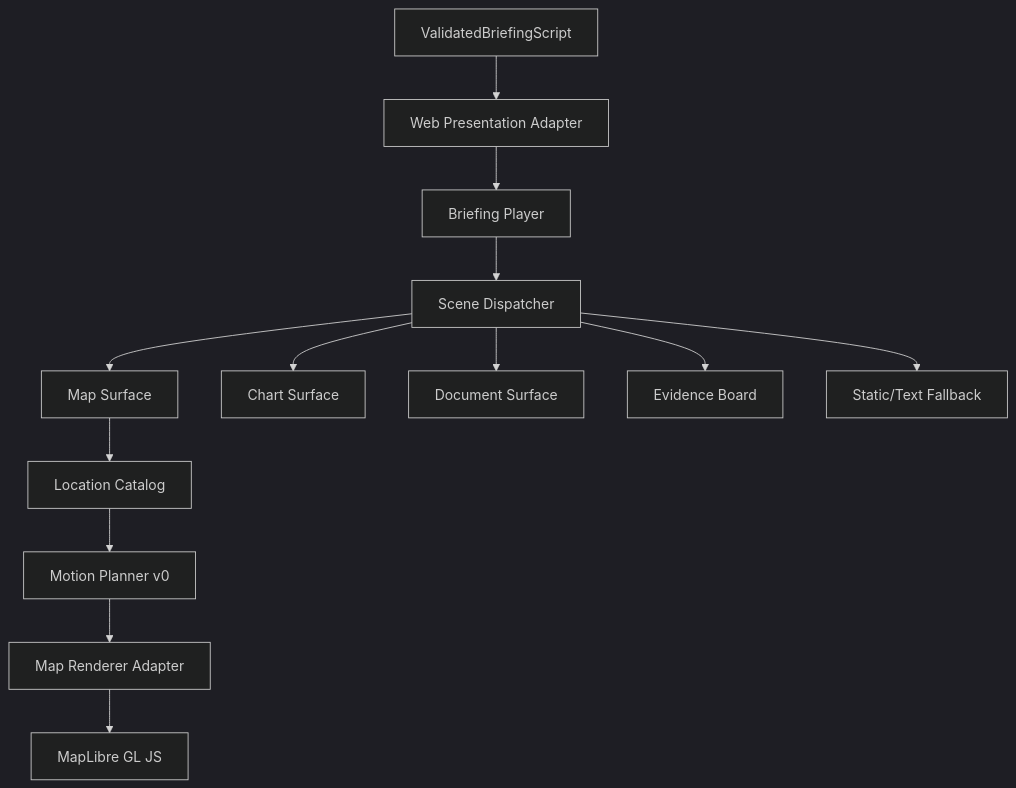
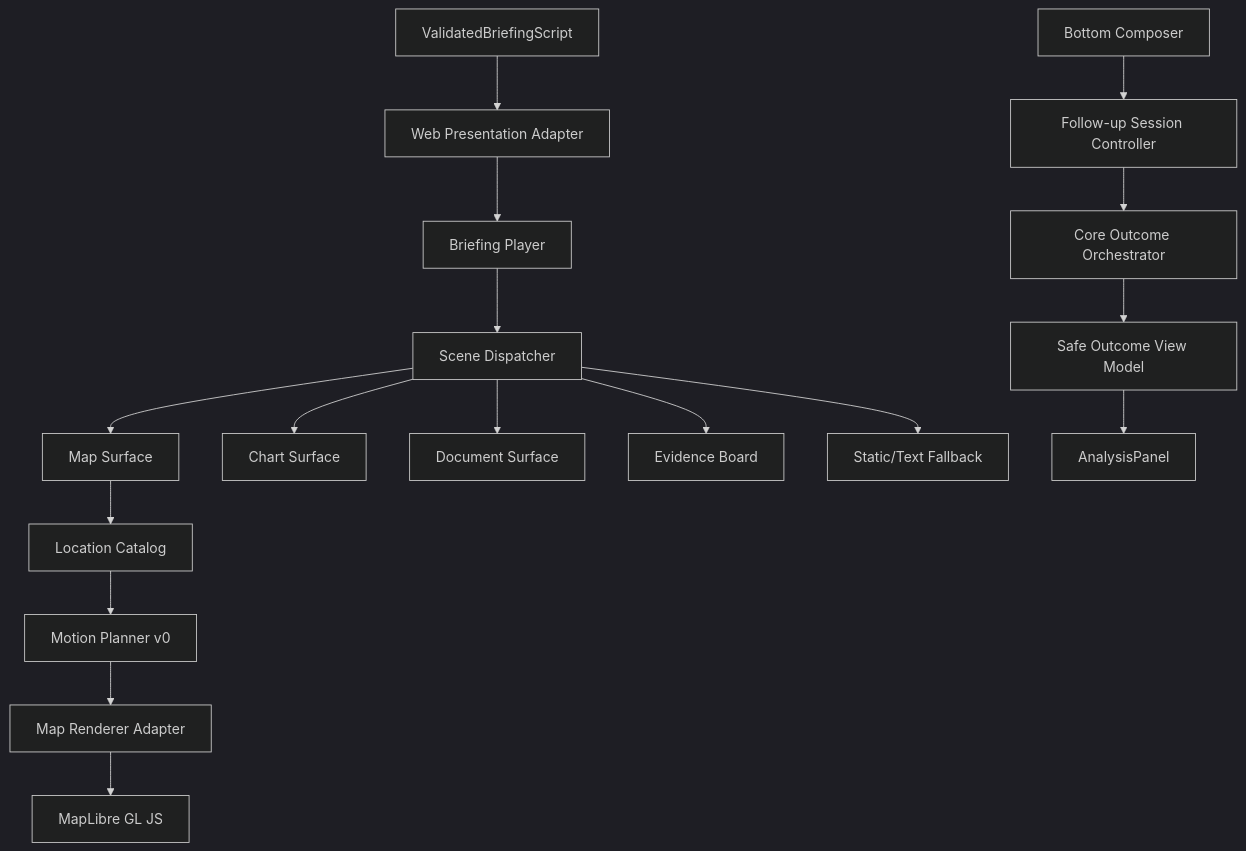
One commit to cooly12241113-glitch/world-news-ai changed the diagram in docs/architecture/Interactive-Renderer-Architecture.md. Above: the diagram before and after it, drawn with Mermaid (dark theme). The commit also changed other lines of this file and 54 other files, not shown here.

Commit message:
feat: integrate follow-up session UI

````diff
--- a/docs/architecture/Interactive-Renderer-Architecture.md
+++ b/docs/architecture/Interactive-Renderer-Architecture.md
@@ -3,15 +5,19 @@
 ```mermaid
 flowchart TD
   S["ValidatedBriefingScript"] --> P["Web Presentation Adapter"]
   P --> B["Briefing Player"]
   B --> D["Scene Dispatcher"]
   D --> M["Map Surface"]
   D --> C["Chart Surface"]
   D --> O["Document Surface"]
   D --> E["Evidence Board"]
   D --> T["Static/Text Fallback"]
   M --> L["Location Catalog"]
   L --> MP["Motion Planner v0"]
   MP --> A["Map Renderer Adapter"]
   A --> ML["MapLibre GL JS"]
+  BC["Bottom Composer"] --> FC["Follow-up Session Controller"]
+  FC --> FO["Core Outcome Orchestrator"]
+  FO --> VM["Safe Outcome View Model"]
+  VM --> AP["AnalysisPanel"]
 ```
````
